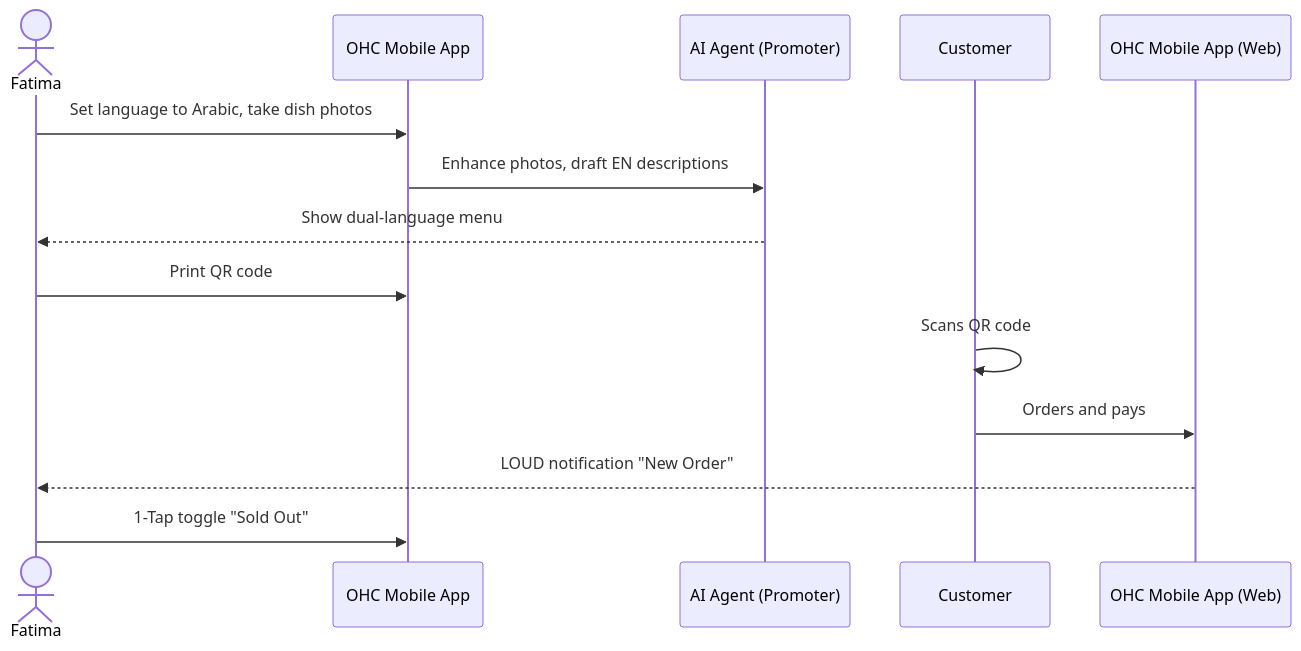
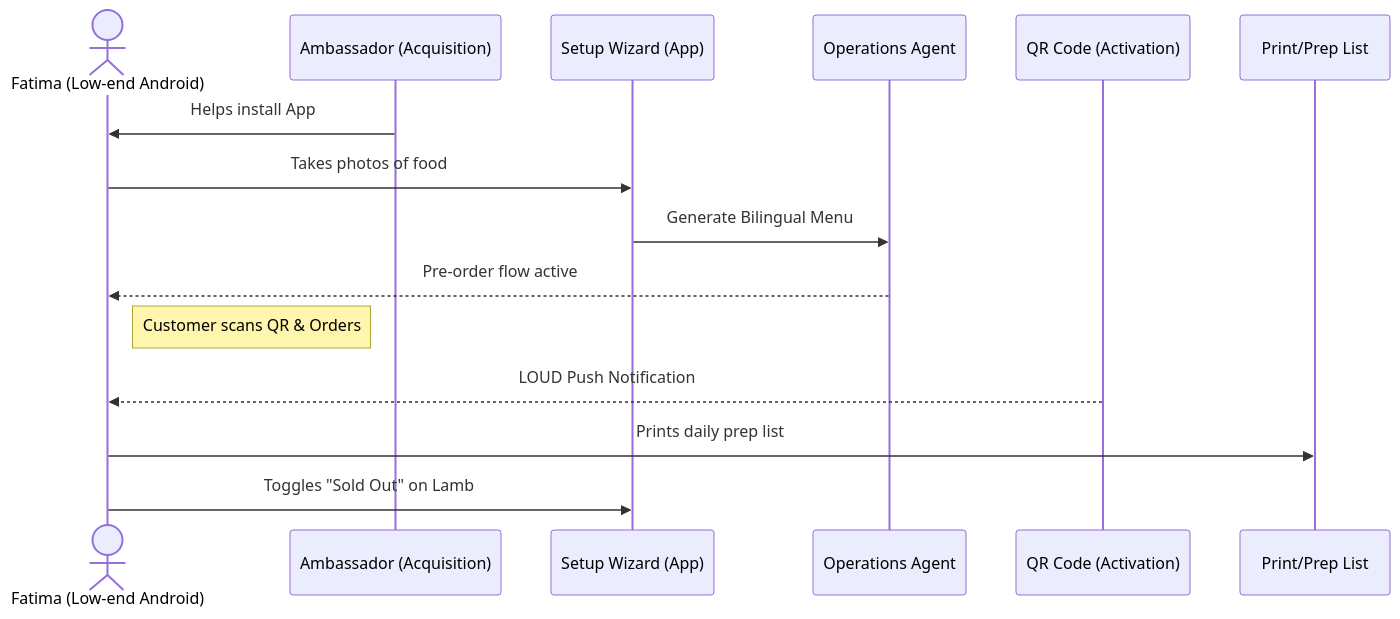
One commit to omnisolo-llc/onehumancorp changed the fifth of 5 diagrams in docs/architecture/ohc_business_journey_architecture.md. Above: the diagram before and after it, drawn with Mermaid. The commit also changed other lines of this file and 1 other file, not shown here.

First line of the commit message:
docs: update business journey architecture documentation

````diff
--- a/docs/architecture/ohc_business_journey_architecture.md
+++ b/docs/architecture/ohc_business_journey_architecture.md
@@ -162,16 +182,18 @@
 ```mermaid
 sequenceDiagram
-    actor Fatima
-    participant OHC Mobile App
-    participant AI Agent (Promoter)
-    participant Customer
+    actor F as Fatima (Low-end Android)
+    participant Amb as Ambassador (Acquisition)
+    participant W as Setup Wizard (App)
+    participant AI as Operations Agent
+    participant QR as QR Code (Activation)
+    participant Print as Print/Prep List
 
-    Fatima->>OHC Mobile App: Set language to Arabic, take dish photos
-    OHC Mobile App->>AI Agent (Promoter): Enhance photos, draft EN descriptions
-    AI Agent (Promoter)-->>Fatima: Show dual-language menu
-    Fatima->>OHC Mobile App: Print QR code
-    Customer->>Customer: Scans QR code
-    Customer->>OHC Mobile App (Web): Orders and pays
-    OHC Mobile App (Web)-->>Fatima: LOUD notification "New Order"
-    Fatima->>OHC Mobile App: 1-Tap toggle "Sold Out"
+    Amb->>F: Helps install App
+    F->>W: Takes photos of food
+    W->>AI: Generate Bilingual Menu
+    AI-->>F: Pre-order flow active
+    note right of F: Customer scans QR & Orders
+    QR-->>F: LOUD Push Notification
+    F->>Print: Prints daily prep list
+    F->>W: Toggles "Sold Out" on Lamb
 ```
````
